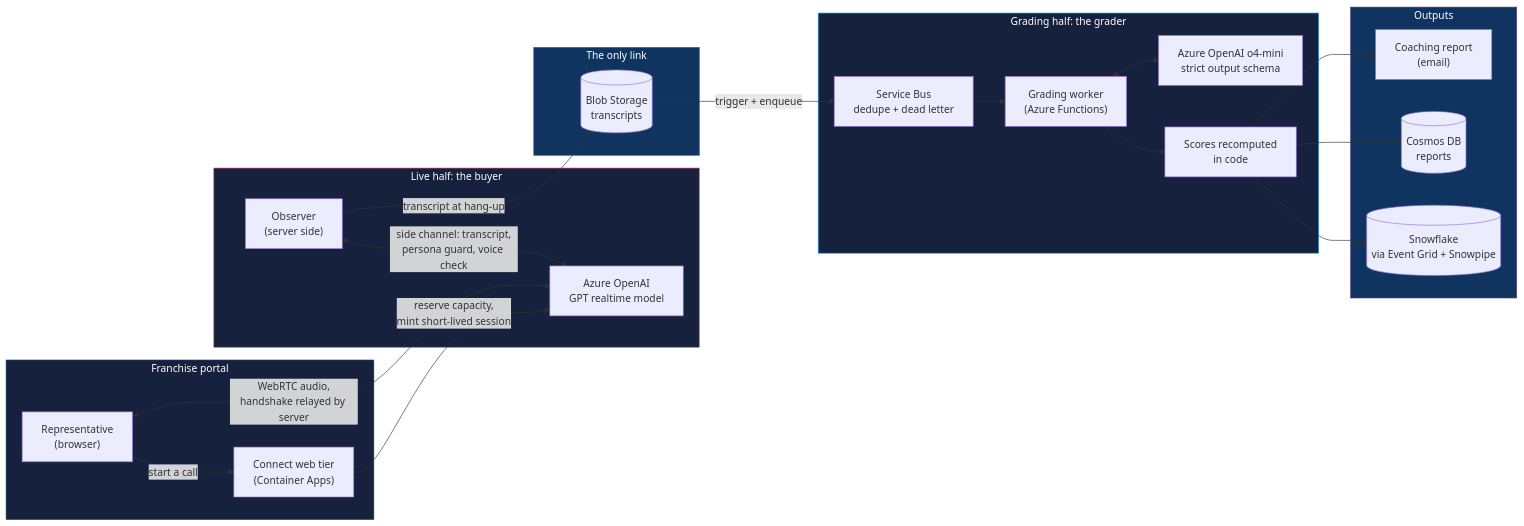
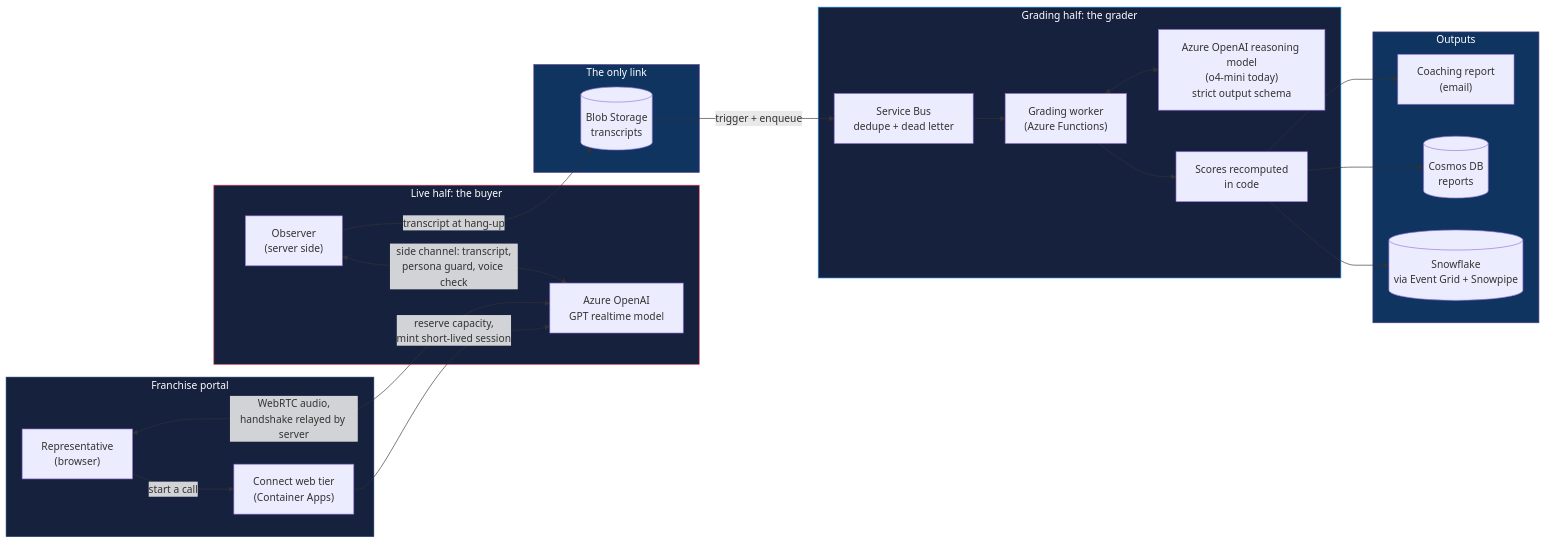
Before and after one commit to AIJSAI/connect-voice-ai-showcase: the diagram in README.md, drawn with Mermaid. The commit also changed other lines of this file and 8 other files, not shown here.

````diff
--- a/README.md
+++ b/README.md
@@ -33,48 +33,48 @@
 ```mermaid
 flowchart LR
     subgraph Portal["Franchise portal"]
         Rep["Representative<br/>(browser)"]
         Web["Connect web tier<br/>(Container Apps)"]
     end
 
     subgraph Live["Live half: the buyer"]
         RT["Azure OpenAI<br/>GPT realtime model"]
         Obs["Observer<br/>(server side)"]
     end
 
     subgraph Store["The only link"]
         Blob[("Blob Storage<br/>transcripts")]
     end
 
     subgraph Grade["Grading half: the grader"]
         Q["Service Bus<br/>dedupe + dead letter"]
         G["Grading worker<br/>(Azure Functions)"]
-        LLM["Azure OpenAI o4-mini<br/>strict output schema"]
+        LLM["Azure OpenAI reasoning model<br/>(o4-mini today)<br/>strict output schema"]
         Calc["Scores recomputed<br/>in code"]
     end
 
     subgraph Out["Outputs"]
         Mail["Coaching report<br/>(email)"]
         DB[("Cosmos DB<br/>reports")]
         SF[("Snowflake<br/>via Event Grid + Snowpipe")]
     end
 
     Rep -->|start a call| Web
     Web -->|reserve capacity,<br/>mint short-lived session| RT
     Rep <-->|WebRTC audio,<br/>handshake relayed by server| RT
     Obs <-->|side channel: transcript,<br/>persona guard, voice check| RT
     Obs -->|transcript at hang-up| Blob
     Blob -->|trigger + enqueue| Q
     Q --> G
     G <--> LLM
     G --> Calc
     Calc --> Mail
     Calc --> DB
     Calc --> SF
 
     style Portal fill:#16213e,stroke:#0f3460,color:#fff
     style Live fill:#16213e,stroke:#e94560,color:#fff
     style Store fill:#0f3460,stroke:#53348a,color:#fff
     style Grade fill:#16213e,stroke:#2496ED,color:#fff
     style Out fill:#0f3460,stroke:#53348a,color:#fff
 ```
````
